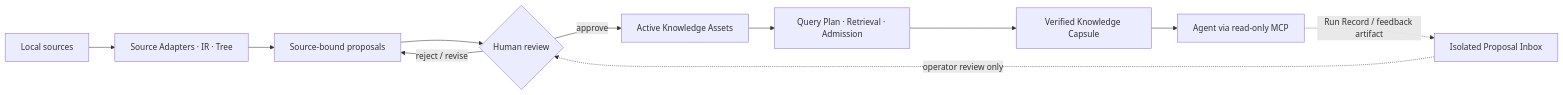
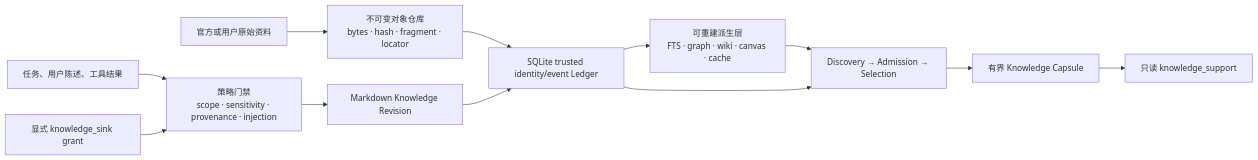
The diagram in README.md (Eysn0130/DeepLaw), drawn with Mermaid before and after one commit. The commit also changed other lines of this file and 45 other files, not shown here.

Commit message:
feat: add autonomous Markdown knowledge core

````diff
--- a/README.md
+++ b/README.md
@@ -148,13 +45,14 @@
 ```mermaid
 flowchart LR
-  S["Local sources"] --> IR["Source Adapters · IR · Tree"]
-  IR --> P["Source-bound proposals"]
-  P --> R{"Human review"}
-  R -->|approve| K["Active Knowledge Assets"]
-  R -->|reject / revise| P
-  K --> Q["Query Plan · Retrieval · Admission"]
-  Q --> C["Verified Knowledge Capsule"]
-  C --> A["Agent via read-only MCP"]
-  A -. "Run Record / feedback artifact" .-> I["Isolated Proposal Inbox"]
-  I -. "operator review only" .-> R
+  E["官方或用户原始资料"] --> CAS["不可变对象仓库\nbytes · hash · fragment · locator"]
+  A["任务、用户陈述、工具结果"] --> G["策略门禁\nscope · sensitivity · provenance · injection"]
+  G --> M["Markdown Knowledge Revision"]
+  CAS --> L["SQLite trusted identity/event Ledger"]
+  M --> L
+  L --> D["可重建派生层\nFTS · graph · wiki · canvas · cache"]
+  D --> Q["Discovery → Admission → Selection"]
+  L --> Q
+  Q --> C["有界 Knowledge Capsule"]
+  C --> R["只读 knowledge_support"]
+  S["显式 knowledge_sink grant"] --> G
 ```
````
